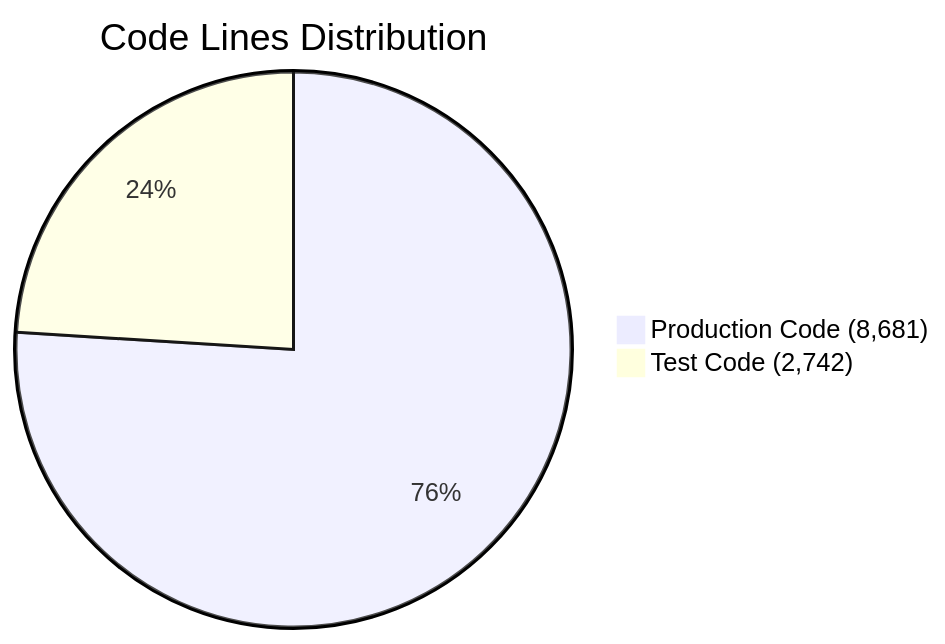
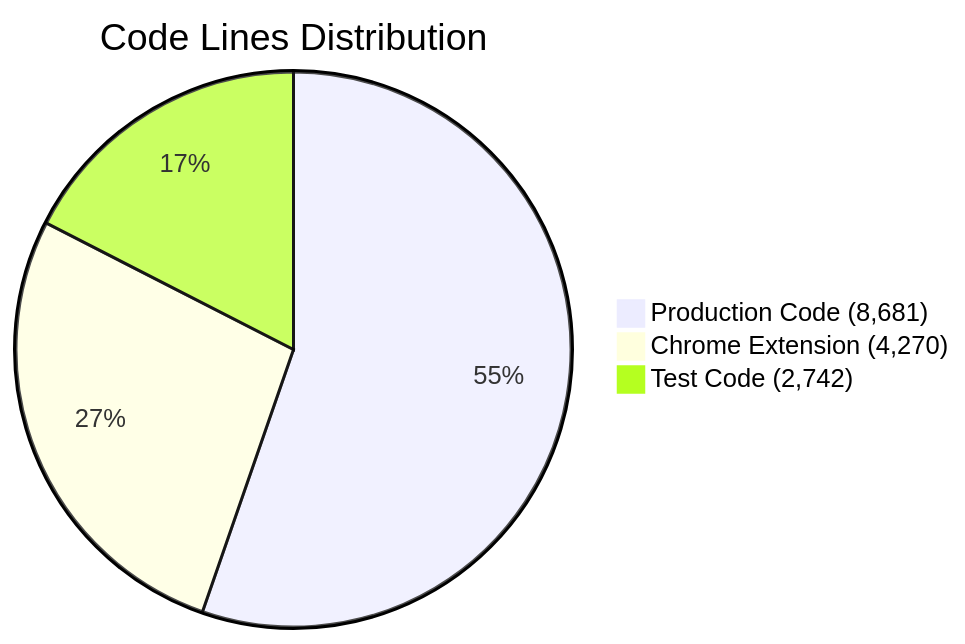
The second of 6 diagrams in STATS_OVERVIEW.md (creditXcredit/workstation), drawn with Mermaid before and after one commit. The commit also changed other lines of this file and 3 other files, not shown here.

Commit message:
Add Chrome extension code statistics (4,270 LOC, 9 features)

````diff
--- a/STATS_OVERVIEW.md
+++ b/STATS_OVERVIEW.md
@@ -53,5 +56,6 @@
 ```mermaid
 pie title Code Lines Distribution
     "Production Code (8,681)" : 8681
+    "Chrome Extension (4,270)" : 4270
     "Test Code (2,742)" : 2742
 ```
````
